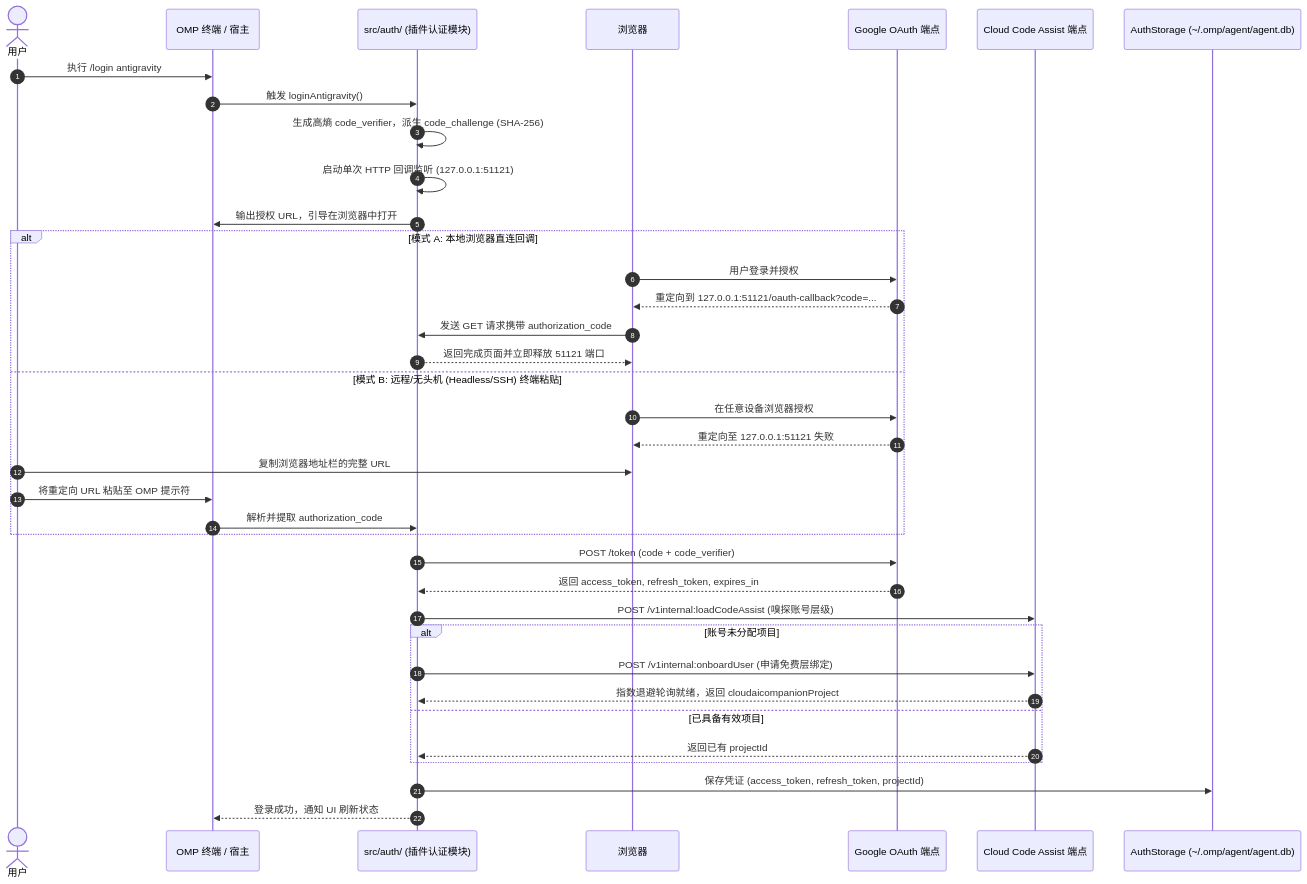
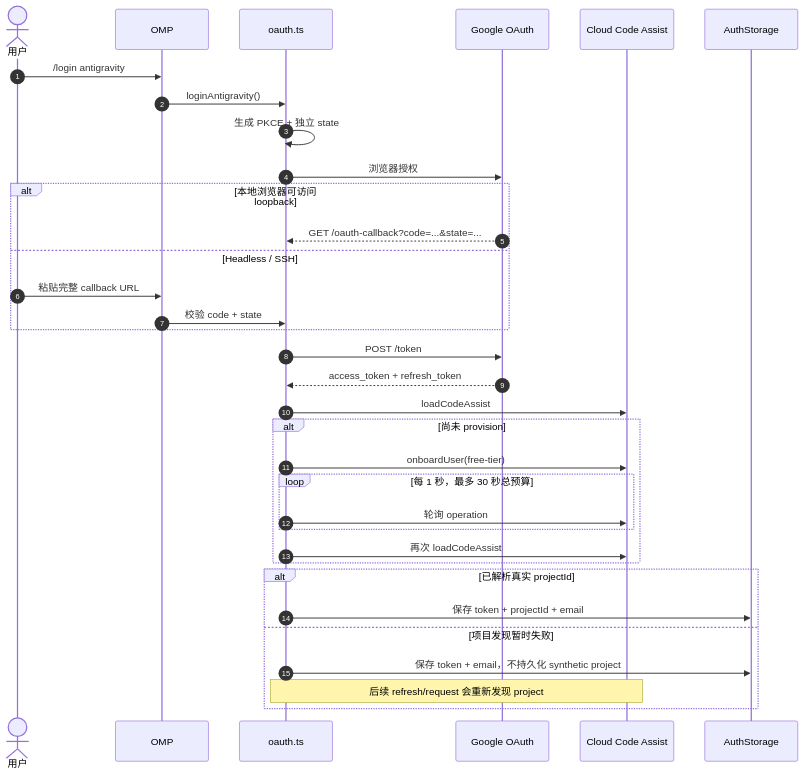
Before and after one commit to oscs1024-pixel/omp-antigravity: the second of 6 diagrams in README.md, drawn with Mermaid. The commit also changed other lines of this file, not shown here.

````diff
--- a/README.md
+++ b/README.md
@@ -148,44 +160,41 @@
 ```mermaid
 sequenceDiagram
     autonumber
     actor User as 用户
-    participant OMP as OMP 终端 / 宿主
-    participant Auth as src/auth/ (插件认证模块)
-    participant Browser as 浏览器
-    participant GoogleAuth as Google OAuth 端点
-    participant CodeAssist as Cloud Code Assist 端点
-    participant Storage as AuthStorage (~/.omp/agent/agent.db)
+    participant OMP as OMP
+    participant Auth as oauth.ts
+    participant GoogleAuth as Google OAuth
+    participant CodeAssist as Cloud Code Assist
+    participant Storage as AuthStorage
 
-    User->>OMP: 执行 /login antigravity
-    OMP->>Auth: 触发 loginAntigravity()
-    Auth->>Auth: 生成高熵 code_verifier，派生 code_challenge (SHA-256)
-    Auth->>Auth: 启动单次 HTTP 回调监听 (127.0.0.1:51121)
-    Auth->>OMP: 输出授权 URL，引导在浏览器中打开
+    User->>OMP: /login antigravity
+    OMP->>Auth: loginAntigravity()
+    Auth->>Auth: 生成 PKCE + 独立 state
+    Auth->>GoogleAuth: 浏览器授权
 
-    alt 模式 A: 本地浏览器直连回调
-        Browser->>GoogleAuth: 用户登录并授权
-        GoogleAuth-->>Browser: 重定向到 127.0.0.1:51121/oauth-callback?code=...
-        Browser->>Auth: 发送 GET 请求携带 authorization_code
-        Auth-->>Browser: 返回完成页面并立即释放 51121 端口
-    else 模式 B: 远程/无头机 (Headless/SSH) 终端粘贴
-        Browser->>GoogleAuth: 在任意设备浏览器授权
-        GoogleAuth-->>Browser: 重定向至 127.0.0.1:51121 失败
-        User->>Browser: 复制浏览器地址栏的完整 URL
-        User->>OMP: 将重定向 URL 粘贴至 OMP 提示符
-        OMP->>Auth: 解析并提取 authorization_code
+    alt 本地浏览器可访问 loopback
+        GoogleAuth-->>Auth: GET /oauth-callback?code=...&state=...
+    else Headless / SSH
+        User->>OMP: 粘贴完整 callback URL
+        OMP->>Auth: 校验 code + state
     end
 
-    Auth->>GoogleAuth: POST /token (code + code_verifier)
-    GoogleAuth-->>Auth: 返回 access_token, refresh_token, expires_in
+    Auth->>GoogleAuth: POST /token
+    GoogleAuth-->>Auth: access_token + refresh_token
+    Auth->>CodeAssist: loadCodeAssist
 
-    Auth->>CodeAssist: POST /v1internal:loadCodeAssist (嗅探账号层级)
-    alt 账号未分配项目
-        Auth->>CodeAssist: POST /v1internal:onboardUser (申请免费层绑定)
-        CodeAssist-->>Auth: 指数退避轮询就绪，返回 cloudaicompanionProject
-    else 已具备有效项目
-        CodeAssist-->>Auth: 返回已有 projectId
+    alt 尚未 provision
+        Auth->>CodeAssist: onboardUser(free-tier)
+        loop 每 1 秒，最多 30 秒总预算
+            Auth->>CodeAssist: 轮询 operation
+        end
+        Auth->>CodeAssist: 再次 loadCodeAssist
     end
 
-    Auth->>Storage: 保存凭证 (access_token, refresh_token, projectId)
-    Auth-->>OMP: 登录成功，通知 UI 刷新状态
+    alt 已解析真实 projectId
+        Auth->>Storage: 保存 token + projectId + email
+    else 项目发现暂时失败
+        Auth->>Storage: 保存 token + email，不持久化 synthetic project
+        Note over Auth,CodeAssist: 后续 refresh/request 会重新发现 project
+    end
 ```
````
